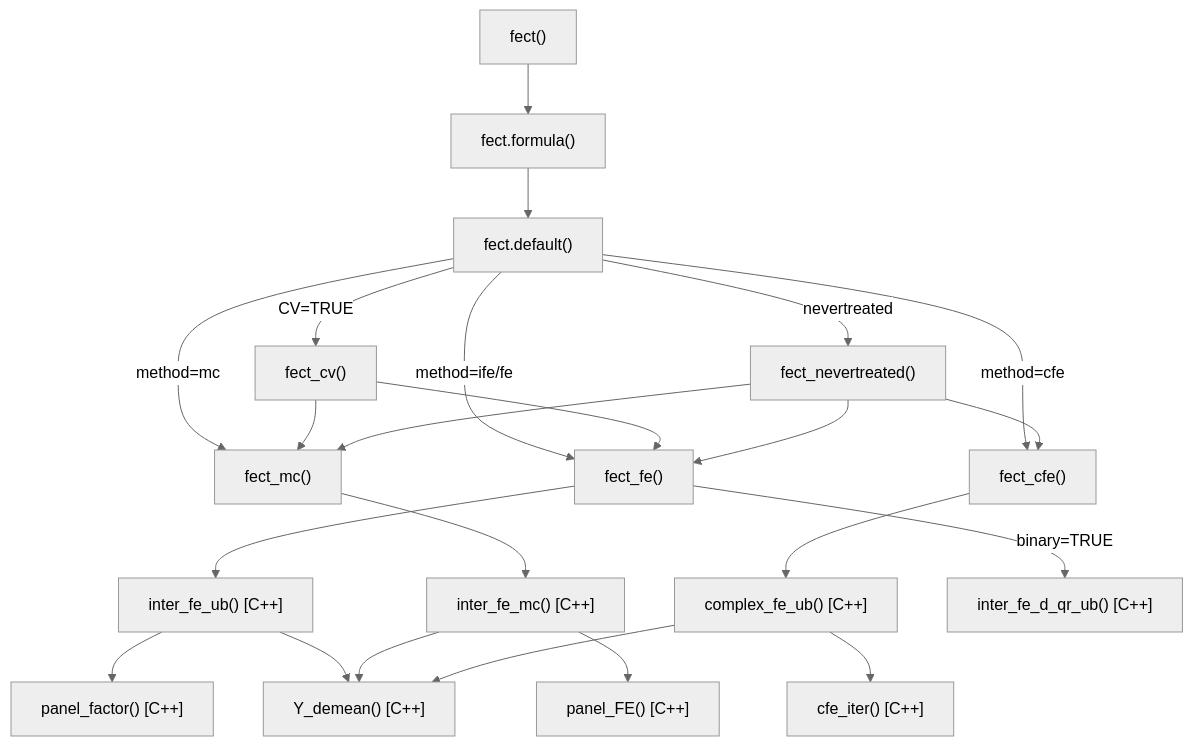
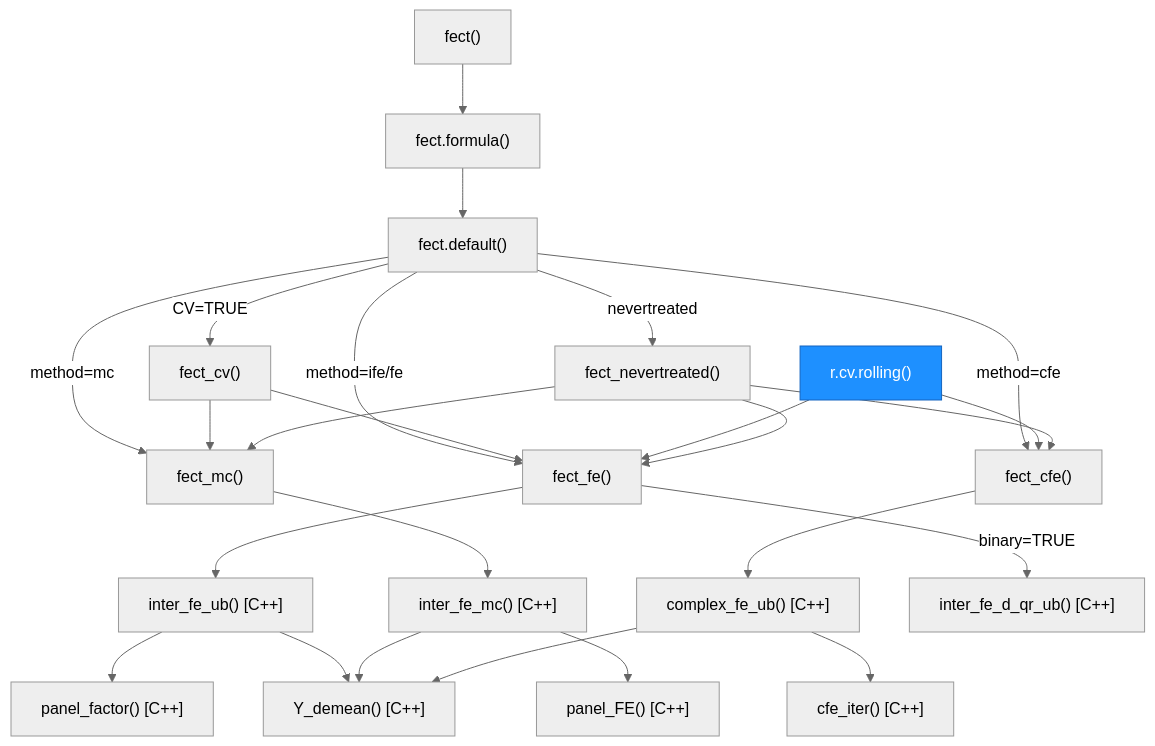
One commit to xuyiqing/fect changed the second of 4 diagrams in ARCHITECTURE.md. Above: the diagram before and after it, drawn with Mermaid. The commit also changed other lines of this file and 6 other files, not shown here.

First line of the commit message:
release v2.4.1 prep: docs (NEWS, bb-updates, README, ch1, ARCHITECTURE) + CI restructure

````diff
--- a/ARCHITECTURE.md
+++ b/ARCHITECTURE.md
@@ -145,43 +173,48 @@
 ```mermaid
 %%{init: {'theme': 'neutral'}}%%
 graph TD
     F1["fect()"]
     F2["fect.formula()"]
     F3["fect.default()"]
     F4["fect_cv()"]
     F5["fect_fe()"]
     F6["fect_mc()"]
     F7["fect_cfe()"]
     F8["fect_nevertreated()"]
+    F9["r.cv.rolling()"]
     C1["inter_fe_ub() [C++]"]
     C2["inter_fe_mc() [C++]"]
     C3["complex_fe_ub() [C++]"]
     C4["inter_fe_d_qr_ub() [C++]"]
     S1["panel_factor() [C++]"]
     S2["panel_FE() [C++]"]
     S3["Y_demean() [C++]"]
     S4["cfe_iter() [C++]"]
+
+    style F9 fill:#1e90ff,stroke:#1565c0,color:#fff
 
     F1 --> F2
     F2 --> F3
     F3 -->|"CV=TRUE"| F4
     F3 -->|"method=ife/fe"| F5
     F3 -->|"method=mc"| F6
     F3 -->|"method=cfe"| F7
     F3 -->|"nevertreated"| F8
     F4 --> F5
     F4 --> F6
+    F9 --> F5
+    F9 --> F7
     F8 --> F5
     F8 --> F6
     F8 --> F7
     F5 --> C1
     F5 -->|"binary=TRUE"| C4
     F6 --> C2
     F7 --> C3
     C1 --> S1
     C1 --> S3
     C2 --> S2
     C2 --> S3
     C3 --> S4
     C3 --> S3
 ```
````
